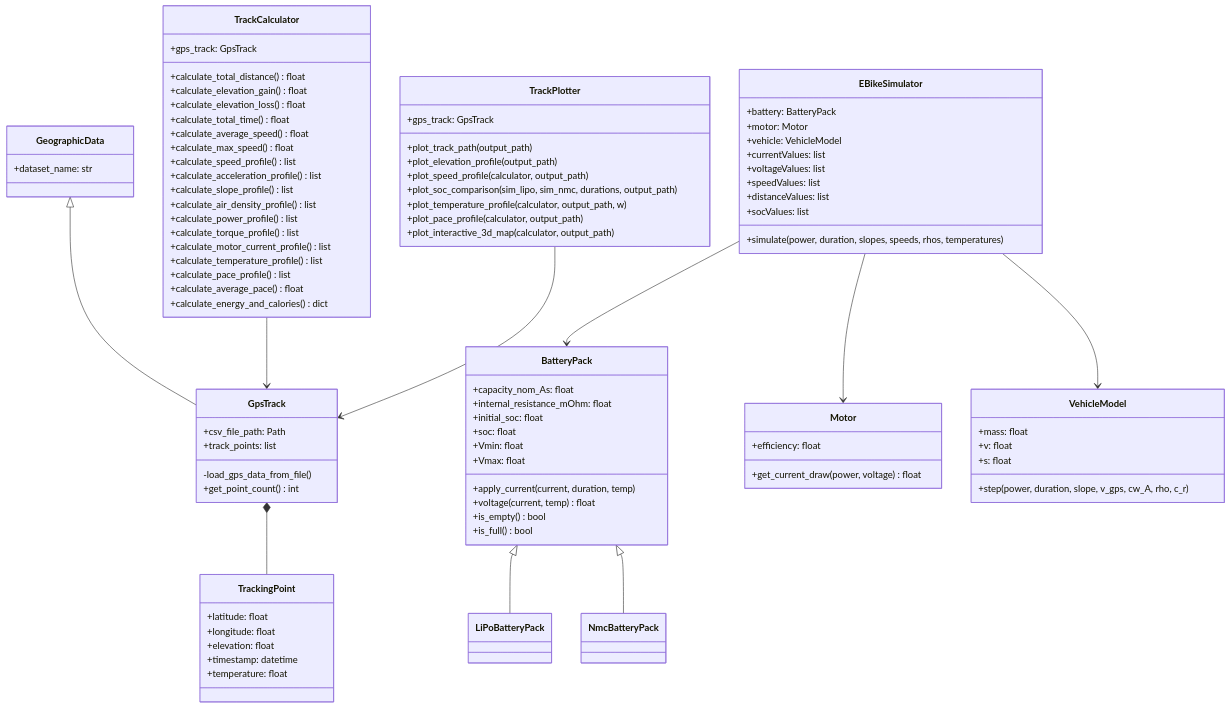
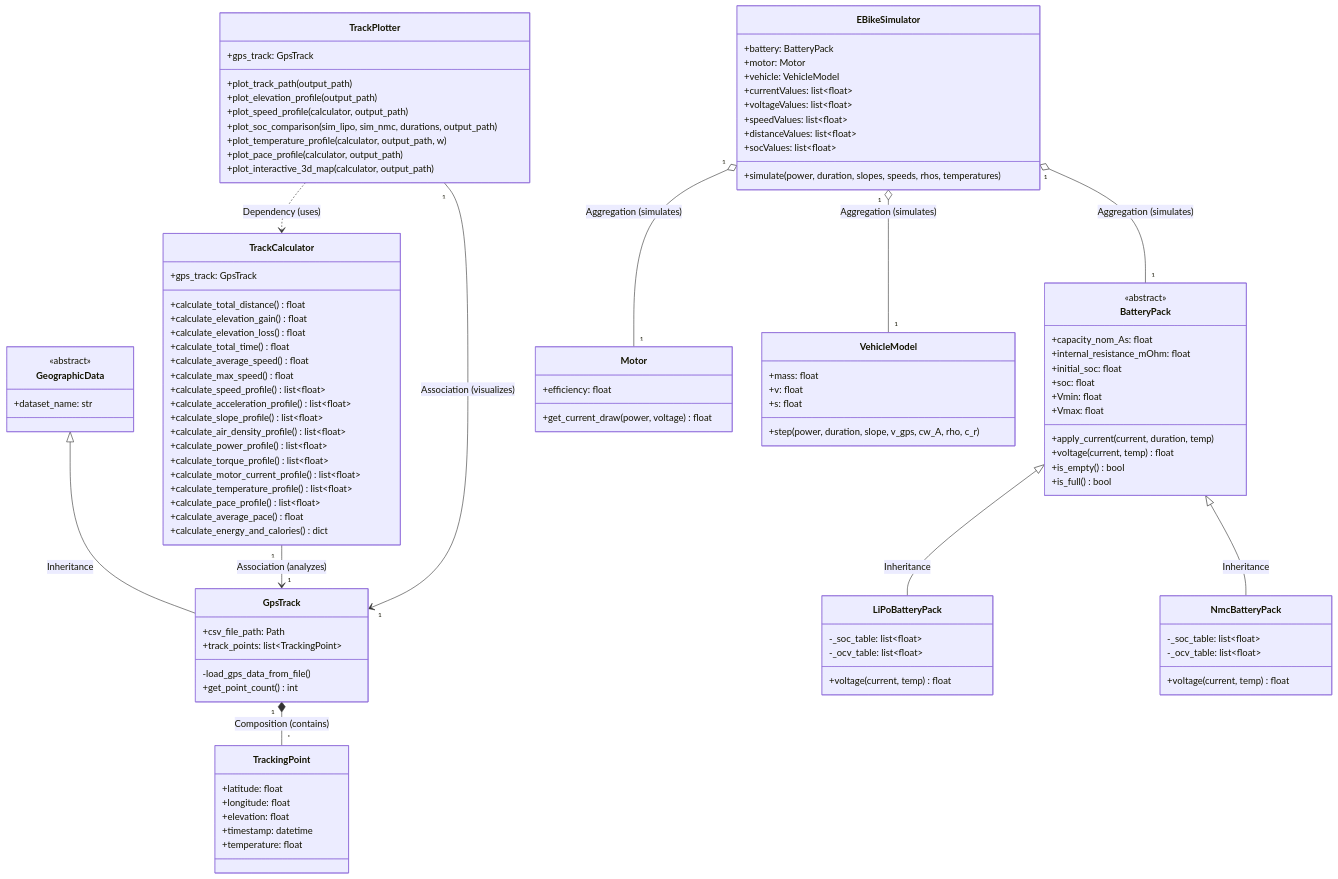
The second of 2 diagrams in README.md (axGabriel/Abschlussprojekt_LT_GR_Programmieren_I), drawn with Mermaid before and after one commit. The commit also changed other lines of this file and 7 other files, not shown here.

````diff
--- a/README.md
+++ b/README.md
@@ -99,11 +119,12 @@
 ```mermaid
 classDiagram
     class GeographicData {
+        <<abstract>>
         +dataset_name: str
     }
     class GpsTrack {
         +csv_file_path: Path
-        +track_points: list
+        +track_points: list~TrackingPoint~
         -load_gps_data_from_file()
         +get_point_count() int
     }
@@ -122,19 +143,20 @@
         +calculate_total_time() float
         +calculate_average_speed() float
         +calculate_max_speed() float
-        +calculate_speed_profile() list
-        +calculate_acceleration_profile() list
-        +calculate_slope_profile() list
-        +calculate_air_density_profile() list
-        +calculate_power_profile() list
-        +calculate_torque_profile() list
-        +calculate_motor_current_profile() list
-        +calculate_temperature_profile() list
-        +calculate_pace_profile() list
+        +calculate_speed_profile() list~float~
+        +calculate_acceleration_profile() list~float~
+        +calculate_slope_profile() list~float~
+        +calculate_air_density_profile() list~float~
+        +calculate_power_profile() list~float~
+        +calculate_torque_profile() list~float~
+        +calculate_motor_current_profile() list~float~
+        +calculate_temperature_profile() list~float~
+        +calculate_pace_profile() list~float~
         +calculate_average_pace() float
         +calculate_energy_and_calories() dict
     }
     class BatteryPack {
+        <<abstract>>
         +capacity_nom_As: float
         +internal_resistance_mOhm: float
         +initial_soc: float
@@ -146,8 +168,16 @@
         +is_empty() bool
         +is_full() bool
     }
-    class LiPoBatteryPack
-    class NmcBatteryPack
+    class LiPoBatteryPack {
+        -_soc_table: list~float~
+        -_ocv_table: list~float~
+        +voltage(current, temp) float
+    }
+    class NmcBatteryPack {
+        -_soc_table: list~float~
+        -_ocv_table: list~float~
+        +voltage(current, temp) float
+    }
     class Motor {
         +efficiency: float
         +get_current_draw(power, voltage) float
@@ -162,11 +192,11 @@
         +battery: BatteryPack
         +motor: Motor
         +vehicle: VehicleModel
-        +currentValues: list
-        +voltageValues: list
-        +speedValues: list
-        +distanceValues: list
-        +socValues: list
+        +currentValues: list~float~
+        +voltageValues: list~float~
+        +speedValues: list~float~
+        +distanceValues: list~float~
+        +socValues: list~float~
         +simulate(power, duration, slopes, speeds, rhos, temperatures)
     }
     class TrackPlotter {
@@ -180,13 +210,14 @@
         +plot_interactive_3d_map(calculator, output_path)
     }
 
-    GeographicData <|-- GpsTrack
-    GpsTrack *-- TrackingPoint
-    TrackCalculator --> GpsTrack
-    BatteryPack <|-- LiPoBatteryPack
-    BatteryPack <|-- NmcBatteryPack
-    EBikeSimulator --> BatteryPack
-    EBikeSimulator --> Motor
-    EBikeSimulator --> VehicleModel
-    TrackPlotter --> GpsTrack
+    GeographicData <|-- GpsTrack : Inheritance
+    GpsTrack "1" *-- "*" TrackingPoint : Composition (contains)
+    TrackCalculator "1" --> "1" GpsTrack : Association (analyzes)
+    BatteryPack <|-- LiPoBatteryPack : Inheritance
+    BatteryPack <|-- NmcBatteryPack : Inheritance
+    EBikeSimulator "1" o-- "1" BatteryPack : Aggregation (simulates)
+    EBikeSimulator "1" o-- "1" Motor : Aggregation (simulates)
+    EBikeSimulator "1" o-- "1" VehicleModel : Aggregation (simulates)
+    TrackPlotter "1" --> "1" GpsTrack : Association (visualizes)
+    TrackPlotter ..> TrackCalculator : Dependency (uses)
 ```
````
